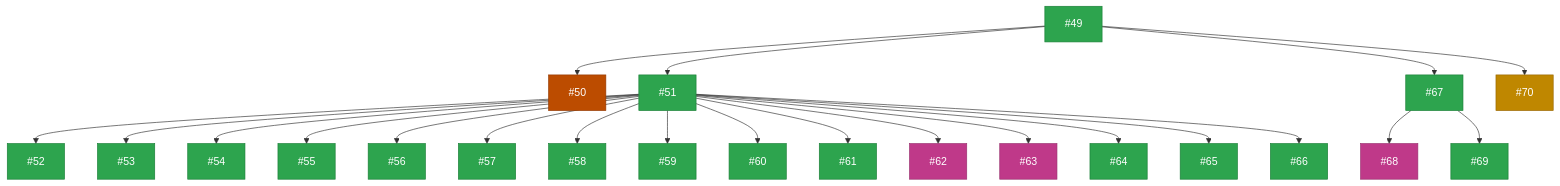
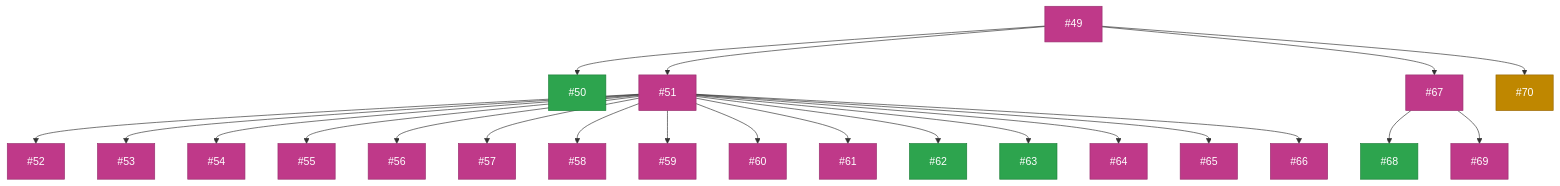
Before and after one commit to zappfish/zapp-requirements-tracker: the seventh of 9 diagrams in README.md, drawn with Mermaid. The commit also changed other lines of this file, not shown here.

Commit message:
Fix WBS status colors: stable+done green, backlog pink (#123)

````diff
--- a/README.md
+++ b/README.md
@@ -311,62 +311,62 @@
 ```mermaid
 graph TD
     R5["#49"]:::backlog
 
     R5A["#50"]:::done
     R5B["#51"]:::backlog
     R5C["#67"]:::backlog
     R5D["#70"]:::inprogress
     R5 --> R5A & R5B & R5C & R5D
 
     R5B1["#52"]:::backlog
     R5B2["#53"]:::backlog
     R5B3["#54"]:::backlog
     R5B4["#55"]:::backlog
     R5B5["#56"]:::backlog
     R5B6["#57"]:::backlog
     R5B7["#58"]:::backlog
     R5B8["#59"]:::backlog
     R5B9["#60"]:::backlog
     R5B10["#61"]:::backlog
     R5B11["#62"]:::stable
     R5B12["#63"]:::stable
     R5B13["#64"]:::backlog
     R5B14["#65"]:::backlog
     R5B15["#66"]:::backlog
     R5B --> R5B1 & R5B2 & R5B3 & R5B4 & R5B5 & R5B6 & R5B7 & R5B8
     R5B --> R5B9 & R5B10 & R5B11 & R5B12 & R5B13 & R5B14 & R5B15
 
     R5C1["#68"]:::stable
     R5C2["#69"]:::backlog
     R5C --> R5C1 & R5C2
 
     click R5 href "https://github.com/zappfish/zapp-requirements-tracker/issues/49" _blank
     click R5A href "https://github.com/zappfish/zapp-requirements-tracker/issues/50" _blank
     click R5B href "https://github.com/zappfish/zapp-requirements-tracker/issues/51" _blank
     click R5C href "https://github.com/zappfish/zapp-requirements-tracker/issues/67" _blank
     click R5D href "https://github.com/zappfish/zapp-requirements-tracker/issues/70" _blank
     click R5B1 href "https://github.com/zappfish/zapp-requirements-tracker/issues/52" _blank
     click R5B2 href "https://github.com/zappfish/zapp-requirements-tracker/issues/53" _blank
     click R5B3 href "https://github.com/zappfish/zapp-requirements-tracker/issues/54" _blank
     click R5B4 href "https://github.com/zappfish/zapp-requirements-tracker/issues/55" _blank
     click R5B5 href "https://github.com/zappfish/zapp-requirements-tracker/issues/56" _blank
     click R5B6 href "https://github.com/zappfish/zapp-requirements-tracker/issues/57" _blank
     click R5B7 href "https://github.com/zappfish/zapp-requirements-tracker/issues/58" _blank
     click R5B8 href "https://github.com/zappfish/zapp-requirements-tracker/issues/59" _blank
     click R5B9 href "https://github.com/zappfish/zapp-requirements-tracker/issues/60" _blank
     click R5B10 href "https://github.com/zappfish/zapp-requirements-tracker/issues/61" _blank
     click R5B11 href "https://github.com/zappfish/zapp-requirements-tracker/issues/62" _blank
     click R5B12 href "https://github.com/zappfish/zapp-requirements-tracker/issues/63" _blank
     click R5B13 href "https://github.com/zappfish/zapp-requirements-tracker/issues/64" _blank
     click R5B14 href "https://github.com/zappfish/zapp-requirements-tracker/issues/65" _blank
     click R5B15 href "https://github.com/zappfish/zapp-requirements-tracker/issues/66" _blank
     click R5C1 href "https://github.com/zappfish/zapp-requirements-tracker/issues/68" _blank
     click R5C2 href "https://github.com/zappfish/zapp-requirements-tracker/issues/69" _blank
 
-    classDef backlog fill:#2da44e,stroke:#1a7f37,color:#fff
+    classDef backlog fill:#bf3989,stroke:#99306f,color:#fff
     classDef upnext fill:#0969da,stroke:#0550ae,color:#fff
     classDef inprogress fill:#bf8700,stroke:#9a6700,color:#fff
     classDef inreview fill:#8250df,stroke:#6639ba,color:#fff
-    classDef stable fill:#bf3989,stroke:#99306f,color:#fff
-    classDef done fill:#bc4c00,stroke:#953800,color:#fff
+    classDef stable fill:#2da44e,stroke:#1a7f37,color:#fff
+    classDef done fill:#2da44e,stroke:#1a7f37,color:#fff
 ```
````
